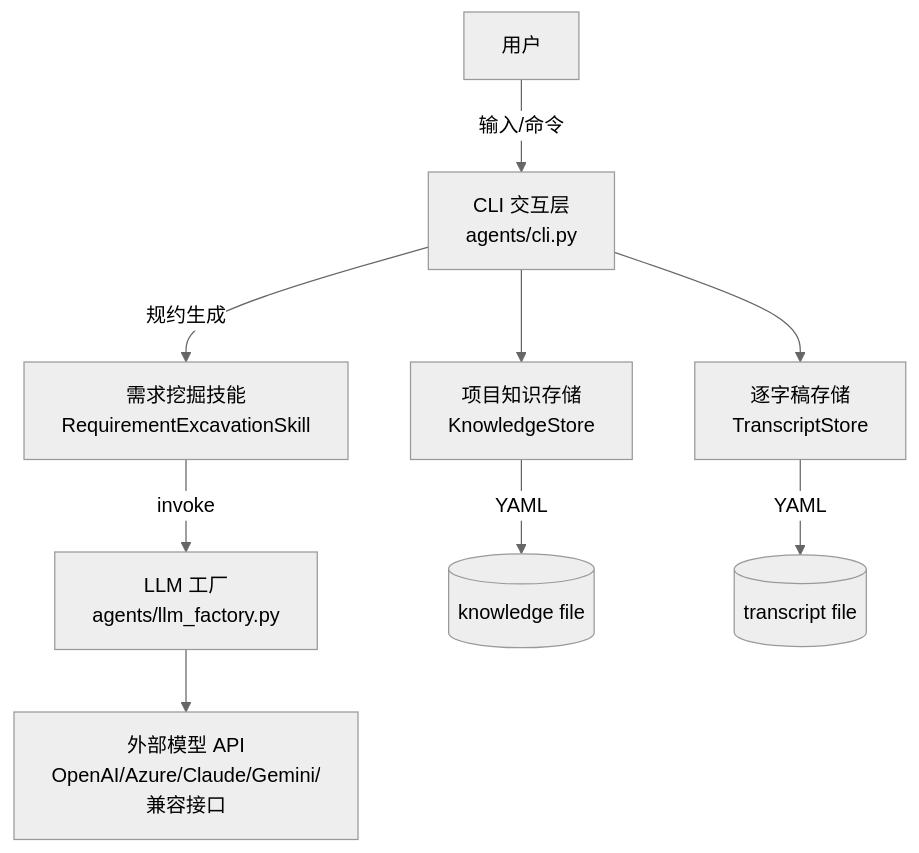
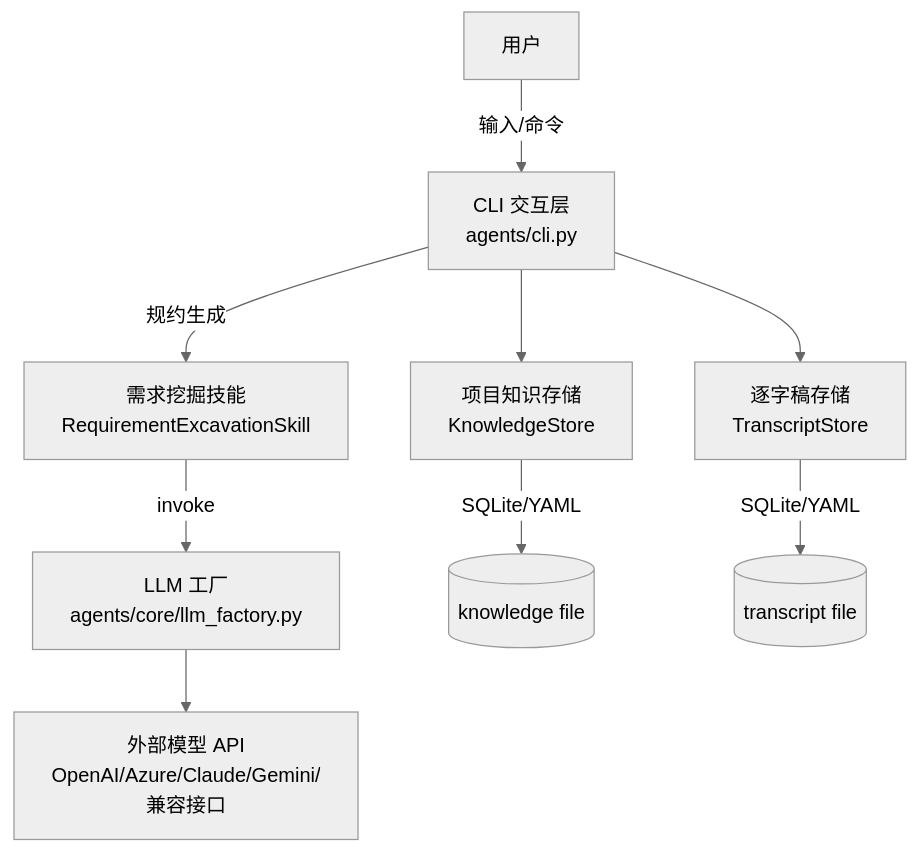
The diagram in doc/01_project_overview.md (chaoshou-coder/ReqX), drawn with Mermaid (neutral theme) before and after one commit. The commit also changed other lines of this file and 22 other files, not shown here.

````diff
--- a/doc/01_project_overview.md
+++ b/doc/01_project_overview.md
@@ -26,12 +26,12 @@
 ```mermaid
 flowchart TD
   U[用户] -->|输入/命令| CLI[CLI 交互层<br/>agents/cli.py]
   CLI -->|规约生成| Tool[需求挖掘技能<br/>RequirementExcavationSkill]
-  Tool -->|invoke| LLMF[LLM 工厂<br/>agents/llm_factory.py]
+  Tool -->|invoke| LLMF[LLM 工厂<br/>agents/core/llm_factory.py]
   LLMF --> API[外部模型 API<br/>OpenAI/Azure/Claude/Gemini/兼容接口]
 
   CLI --> KS[项目知识存储<br/>KnowledgeStore]
   CLI --> TS[逐字稿存储<br/>TranscriptStore]
-  KS -->|YAML| Disk1[(knowledge file)]
-  TS -->|YAML| Disk2[(transcript file)]
+  KS -->|SQLite/YAML| Disk1[(knowledge file)]
+  TS -->|SQLite/YAML| Disk2[(transcript file)]
 ```
````
